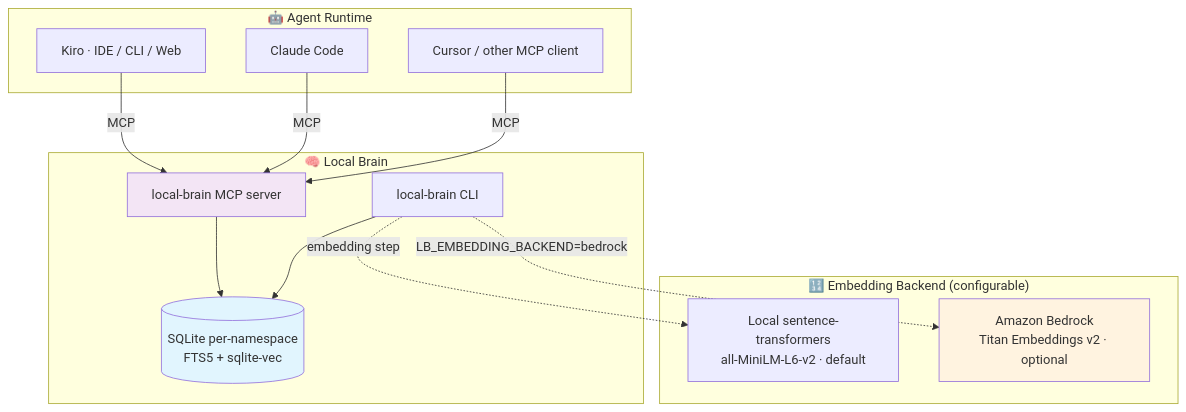
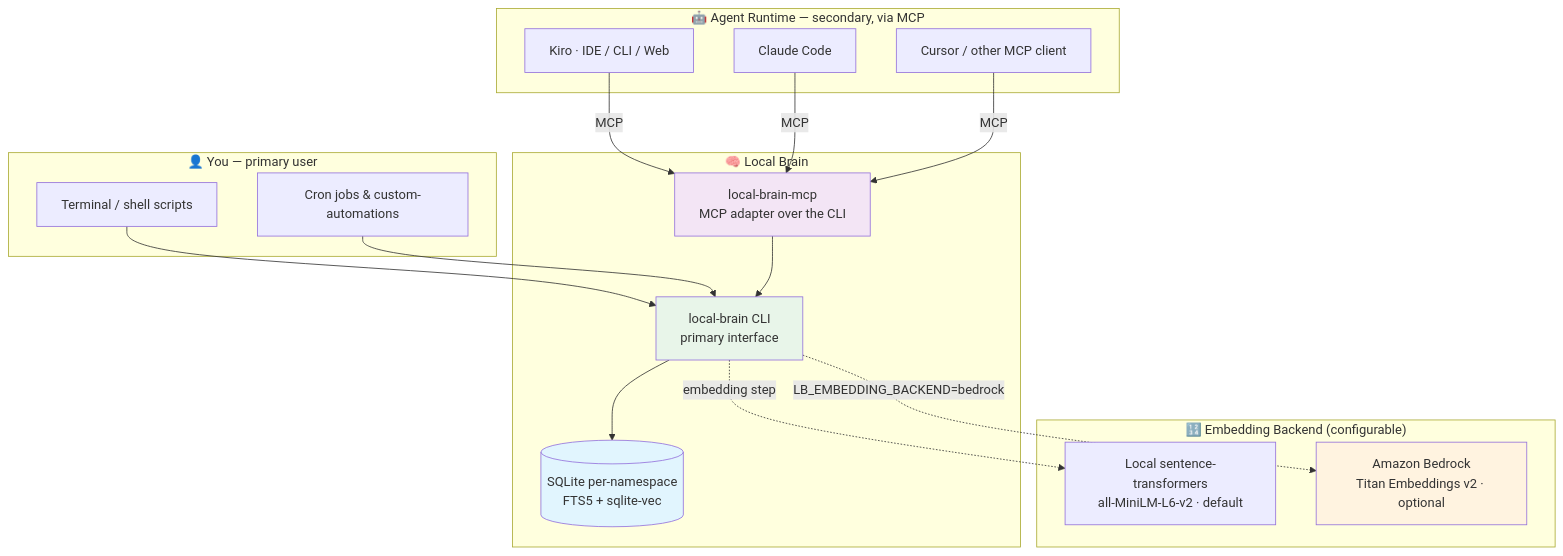
One commit to aws-samples/sample-ai-powered-sdlc-patterns-with-aws changed the diagram in implementation/implement-agent-memory-local-brain/README.md. Above: the diagram before and after it, drawn with Mermaid. The commit also changed other lines of this file, not shown here.

````diff
--- a/implementation/implement-agent-memory-local-brain/README.md
+++ b/implementation/implement-agent-memory-local-brain/README.md
@@ -34,31 +37,39 @@
 ```mermaid
 graph TB
-    subgraph "🤖 Agent Runtime"
+    subgraph "👤 You — primary user"
+        Shell[Terminal / shell scripts]
+        Cron[Cron jobs &amp; custom-automations]
+    end
+
+    subgraph "🤖 Agent Runtime — secondary, via MCP"
         Kiro[Kiro · IDE / CLI / Web]
         Claude[Claude Code]
         Cursor[Cursor / other MCP client]
     end
 
     subgraph "🧠 Local Brain"
-        CLI[local-brain CLI]
-        MCP[local-brain MCP server]
+        CLI[local-brain CLI<br/>primary interface]
+        MCP[local-brain-mcp<br/>MCP adapter over the CLI]
         Store[(SQLite per-namespace<br/>FTS5 + sqlite-vec)]
     end
 
     subgraph "🔢 Embedding Backend (configurable)"
         Local[Local sentence-transformers<br/>all-MiniLM-L6-v2 · default]
         Bedrock[Amazon Bedrock<br/>Titan Embeddings v2 · optional]
     end
 
+    Shell --> CLI
+    Cron --> CLI
     Kiro -- MCP --> MCP
     Claude -- MCP --> MCP
     Cursor -- MCP --> MCP
-    MCP --> Store
+    MCP --> CLI
     CLI --> Store
     CLI -.embedding step.-> Local
     CLI -.LB_EMBEDDING_BACKEND=bedrock.-> Bedrock
 
+    style CLI fill:#e8f5e9
     style Bedrock fill:#fff3e0
     style Store fill:#e1f5fe
     style MCP fill:#f3e5f5
 ```
````
